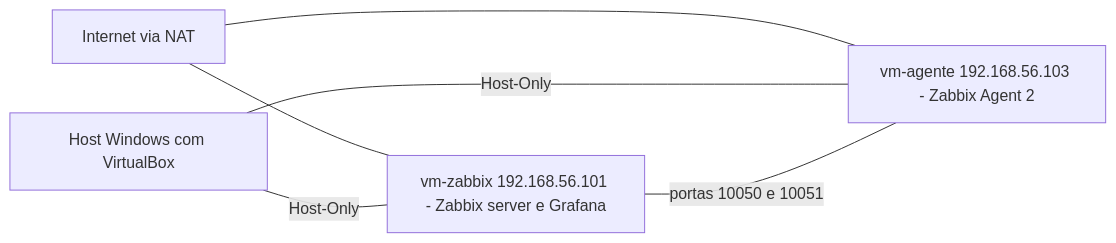
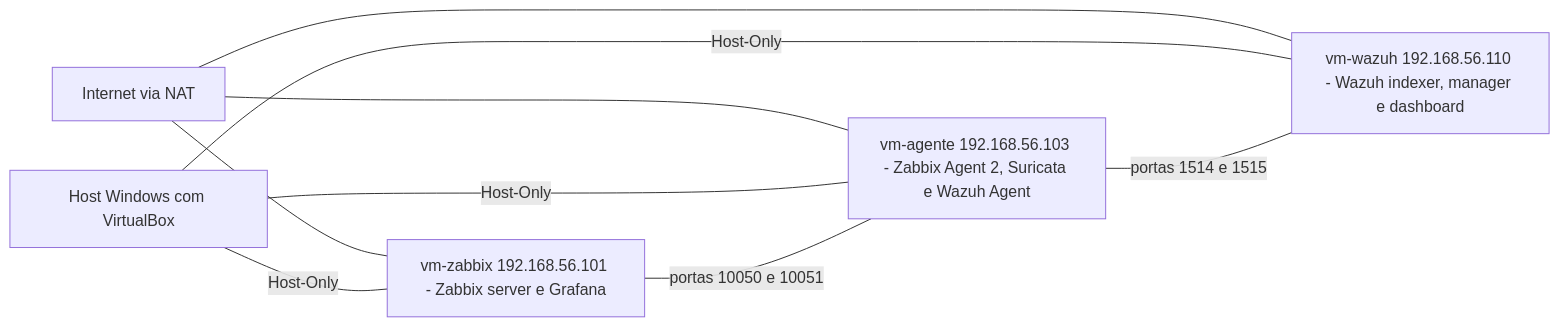
Before and after one commit to Aron-Cipriano/homelab-soc-infra: the diagram in README.md, drawn with Mermaid. The commit also changed other lines of this file, not shown here.

````diff
--- a/README.md
+++ b/README.md
@@ -29,12 +32,16 @@
 ```mermaid
 flowchart LR
     NET["Internet via NAT"]
     HOST["Host Windows com VirtualBox"]
     ZBX["vm-zabbix 192.168.56.101 - Zabbix server e Grafana"]
-    AGT["vm-agente 192.168.56.103 - Zabbix Agent 2"]
+    AGT["vm-agente 192.168.56.103 - Zabbix Agent 2, Suricata e Wazuh Agent"]
+    WZH["vm-wazuh 192.168.56.110 - Wazuh indexer, manager e dashboard"]
     NET --- ZBX
     NET --- AGT
+    NET --- WZH
     HOST ---|"Host-Only"| ZBX
     HOST ---|"Host-Only"| AGT
+    HOST ---|"Host-Only"| WZH
     ZBX ---|"portas 10050 e 10051"| AGT
+    AGT ---|"portas 1514 e 1515"| WZH
 ```
````
